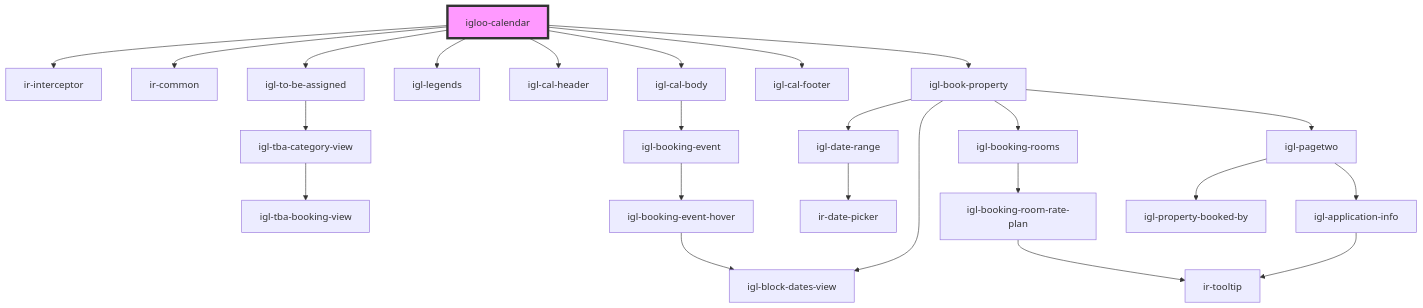
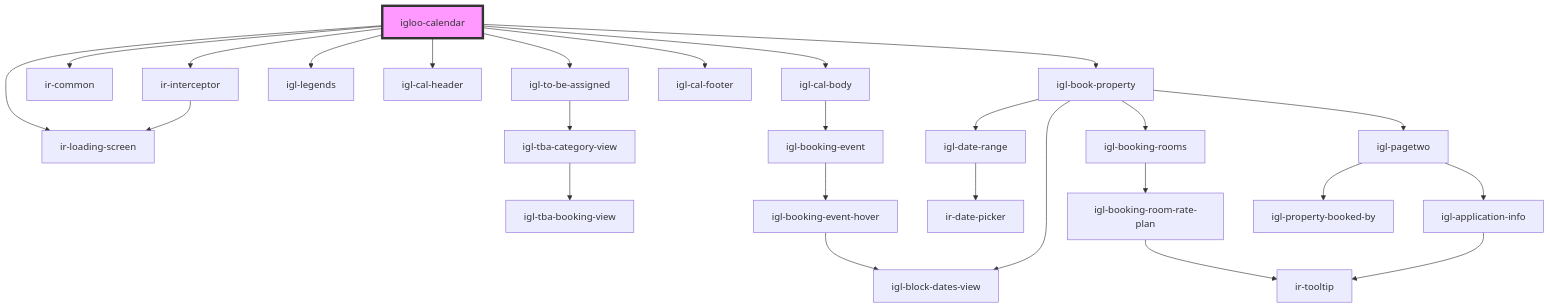
Before and after one commit to David1Chowaifaty/modified-ir-webcmp: the diagram in src/components/igloo-calendar/readme.md, drawn with Mermaid. The commit also changed other lines of this file and 16 other files, not shown here.

````diff
--- a/src/components/igloo-calendar/readme.md
+++ b/src/components/igloo-calendar/readme.md
@@ -44,27 +45,29 @@
 ```mermaid
 graph TD;
   igloo-calendar --> ir-interceptor
   igloo-calendar --> ir-common
   igloo-calendar --> igl-to-be-assigned
   igloo-calendar --> igl-legends
   igloo-calendar --> igl-cal-header
   igloo-calendar --> igl-cal-body
   igloo-calendar --> igl-cal-footer
+  igloo-calendar --> ir-loading-screen
   igloo-calendar --> igl-book-property
+  ir-interceptor --> ir-loading-screen
   igl-to-be-assigned --> igl-tba-category-view
   igl-tba-category-view --> igl-tba-booking-view
   igl-cal-body --> igl-booking-event
   igl-booking-event --> igl-booking-event-hover
   igl-booking-event-hover --> igl-block-dates-view
   igl-book-property --> igl-date-range
   igl-book-property --> igl-booking-rooms
   igl-book-property --> igl-block-dates-view
   igl-book-property --> igl-pagetwo
   igl-date-range --> ir-date-picker
   igl-booking-rooms --> igl-booking-room-rate-plan
   igl-booking-room-rate-plan --> ir-tooltip
   igl-pagetwo --> igl-application-info
   igl-pagetwo --> igl-property-booked-by
   igl-application-info --> ir-tooltip
   style igloo-calendar fill:#f9f,stroke:#333,stroke-width:4px
 ```
````
